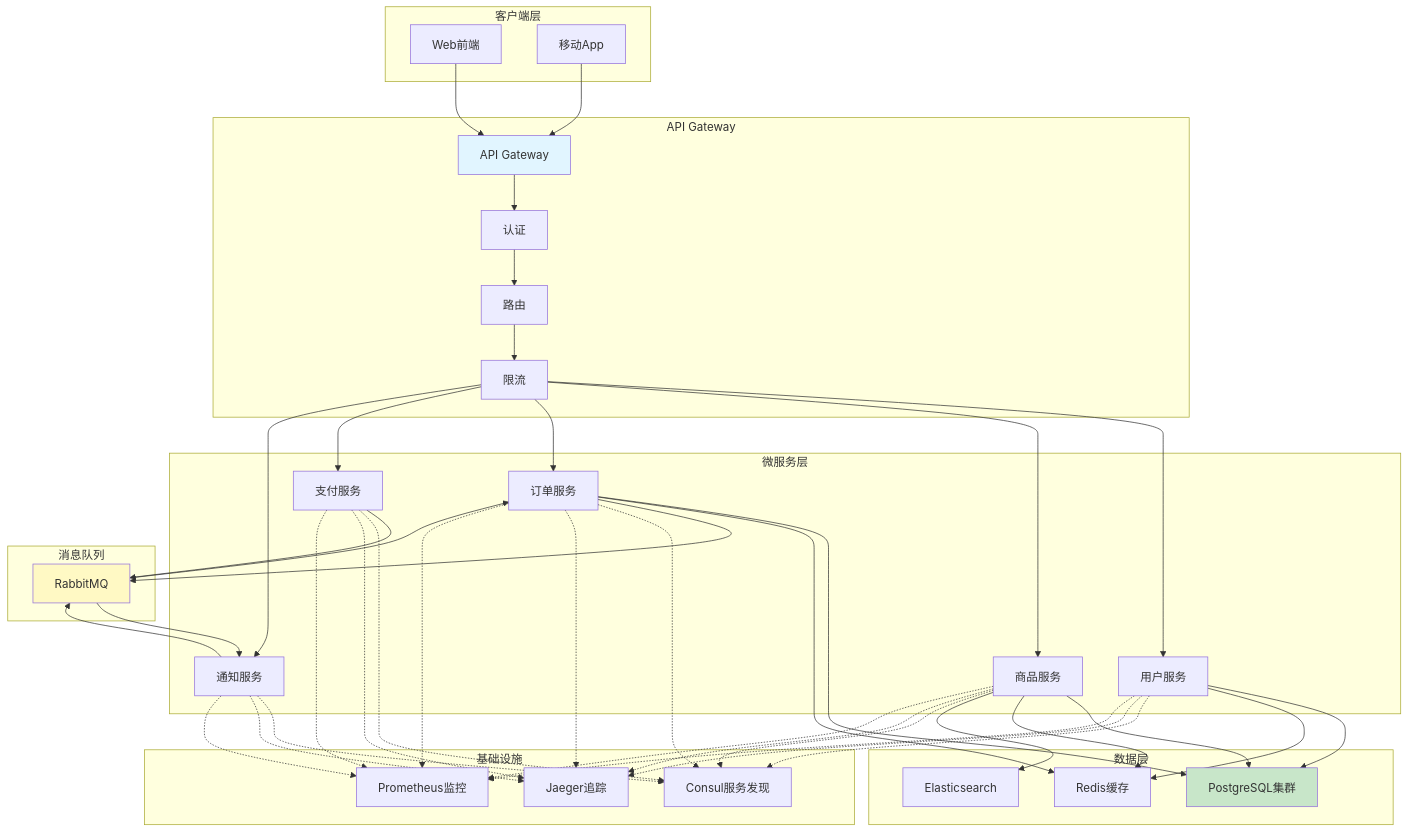
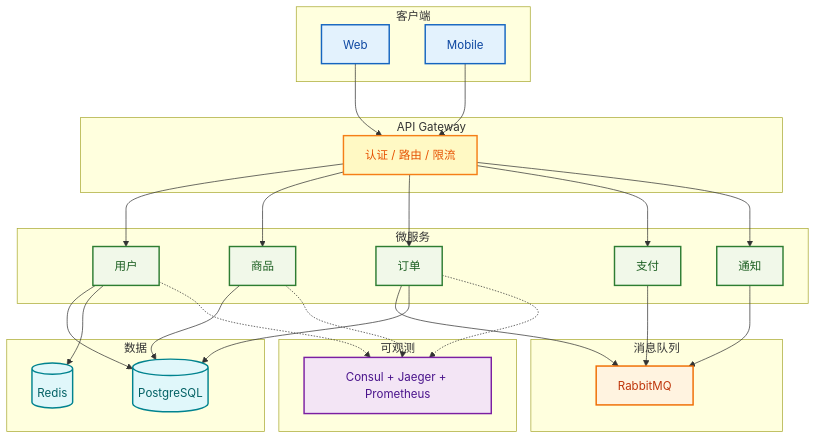
One commit to microwind/ai-skills changed diagram 12 of 13 in docs/claude/ClaudeCode实战指南.md. Above: the diagram before and after it, drawn with Mermaid. The commit also changed other lines of this file and 32 other files, not shown here.

````diff
--- a/docs/claude/ClaudeCode实战指南.md
+++ b/docs/claude/ClaudeCode实战指南.md
@@ -3336,85 +1613,57 @@
 ```mermaid
 graph TB
-    subgraph "客户端层"
-        A[Web前端]
-        B[移动App]
+    subgraph Client ["客户端"]
+        A[Web]
+        B[Mobile]
     end
-    
-    subgraph "API Gateway"
-        C[API Gateway]
-        C1[认证]
-        C2[路由]
-        C3[限流]
+    subgraph GW ["API Gateway"]
+        C[认证 / 路由 / 限流]
     end
-    
-    subgraph "微服务层"
-        D[用户服务]
-        E[商品服务]
-        F[订单服务]
-        G[支付服务]
-        H[通知服务]
+    subgraph SVC ["微服务"]
+        D[用户]
+        E[商品]
+        F[订单]
+        G[支付]
+        H[通知]
     end
-    
-    subgraph "消息队列"
+    subgraph MQ ["消息队列"]
         I[RabbitMQ]
     end
-    
-    subgraph "数据层"
-        J[PostgreSQL集群]
-        K[Redis缓存]
-        L[Elasticsearch]
+    subgraph DATA ["数据"]
+        J[(PostgreSQL)]
+        K[(Redis)]
     end
-    
-    subgraph "基础设施"
-        M[Consul服务发现]
-        N[Jaeger追踪]
-        O[Prometheus监控]
+    subgraph OBS ["可观测"]
+        L[Consul + Jaeger + Prometheus]
     end
-    
     A --> C
     B --> C
-    C --> C1
-    C1 --> C2
-    C2 --> C3
-    C3 --> D
-    C3 --> E
-    C3 --> F
-    C3 --> G
-    C3 --> H
-    
+    C --> D
+    C --> E
+    C --> F
+    C --> G
+    C --> H
+    F --> I
+    G --> I
+    H --> I
     D --> J
     E --> J
     F --> J
     D --> K
-    E --> K
-    F --> K
-    E --> L
-    
-    F --> I
-    G --> I
-    H --> I
-    I --> F
-    I --> H
-    
-    D -.-> M
-    E -.-> M
-    F -.-> M
-    G -.-> M
-    H -.-> M
-    
-    D -.-> N
-    E -.-> N
-    F -.-> N
-    G -.-> N
-    H -.-> N
-    
-    D -.-> O
-    E -.-> O
-    F -.-> O
-    G -.-> O
-    H -.-> O
-    
-    style C fill:#e1f5ff
-    style I fill:#fff9c4
-    style J fill:#c8e6c9
+    D -.-> L
+    E -.-> L
+    F -.-> L
+
+    classDef client fill:#e3f2fd,stroke:#1565c0,stroke-width:2px,color:#0d47a1;
+    classDef gw fill:#fff9c4,stroke:#f57f17,stroke-width:2px,color:#e65100;
+    classDef svc fill:#f1f8e9,stroke:#2e7d32,stroke-width:2px,color:#1b5e20;
+    classDef mq fill:#fff3e0,stroke:#ef6c00,stroke-width:2px,color:#bf360c;
+    classDef data fill:#e0f7fa,stroke:#00838f,stroke-width:2px,color:#006064;
+    classDef obs fill:#f3e5f5,stroke:#7b1fa2,stroke-width:2px,color:#4a148c;
+    class A,B client;
+    class C gw;
+    class D,E,F,G,H svc;
+    class I mq;
+    class J,K data;
+    class L obs;
 ```
````
